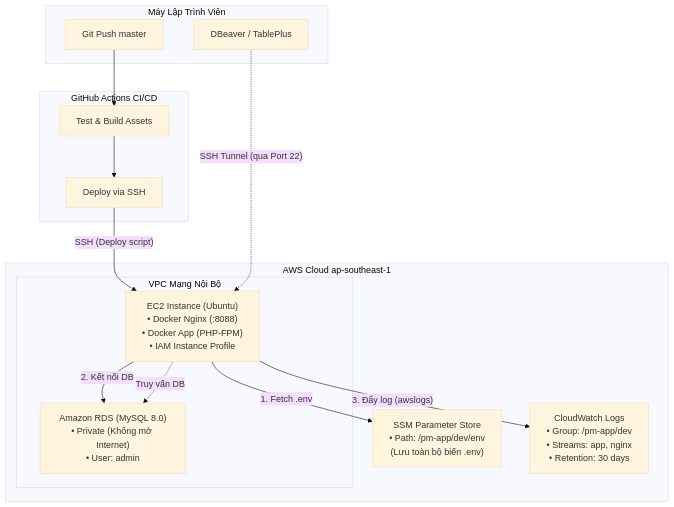
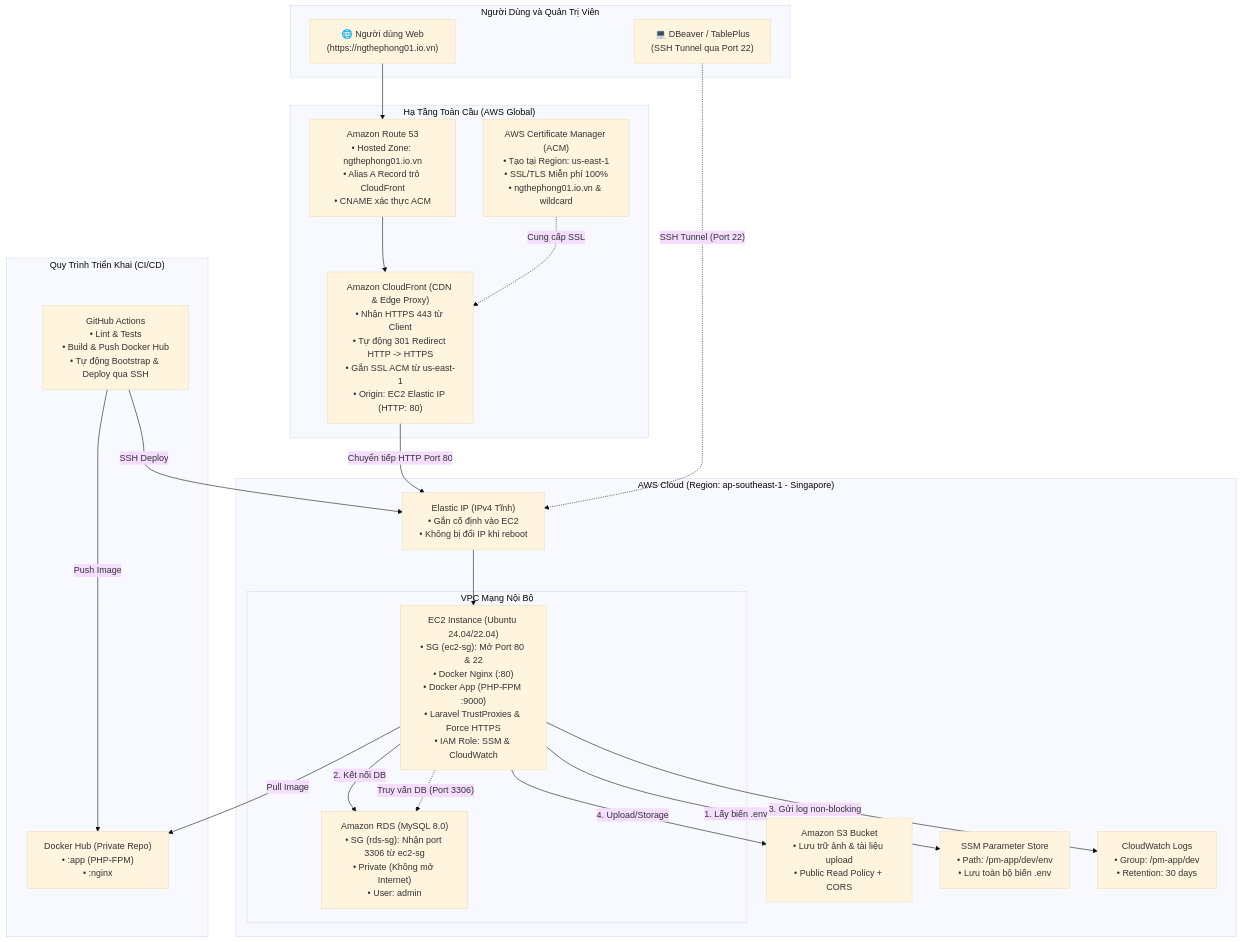
One commit to NgThePhong0608/project-management changed the diagram in AWS_SETUP_GUIDE.md. Above: the diagram before and after it, drawn with Mermaid (base theme). The commit also changed other lines of this file and 3 other files, not shown here.

Commit message:
feat: add AWS deployment documentation, automate server setup in CI/CD, and configure production HTTPS scheme (#9)

````diff
--- a/AWS_SETUP_GUIDE.md
+++ b/AWS_SETUP_GUIDE.md
@@ -9,29 +9,48 @@
 ```mermaid
 flowchart TD
-    subgraph Local [Máy Lập Trình Viên]
-        Git[Git Push master]
-        Client[DBeaver / TablePlus]
+    subgraph ClientAndUsers ["Người Dùng và Quản Trị Viên"]
+        User["🌐 Người dùng Web<br/>(https://ngthephong01.io.vn)"]
+        DevSSH["💻 DBeaver / TablePlus<br/>(SSH Tunnel qua Port 22)"]
     end
 
-    subgraph GitHub [GitHub Actions CI/CD]
-        CI[Test & Build Assets]
-        CD[Deploy via SSH]
+    subgraph AWS_Global ["Hạ Tầng Toàn Cầu (AWS Global)"]
+        R53["Amazon Route 53<br/>• Hosted Zone: ngthephong01.io.vn<br/>• Alias A Record trỏ CloudFront<br/>• CNAME xác thực ACM"]
+        ACM["AWS Certificate Manager (ACM)<br/>• Tạo tại Region: us-east-1<br/>• SSL/TLS Miễn phí 100%<br/>• ngthephong01.io.vn & wildcard"]
+        CF["Amazon CloudFront (CDN & Edge Proxy)<br/>• Nhận HTTPS 443 từ Client<br/>• Tự động 301 Redirect HTTP -> HTTPS<br/>• Gắn SSL ACM từ us-east-1<br/>• Origin: EC2 Elastic IP (HTTP: 80)"]
     end
 
-    subgraph AWS [AWS Cloud ap-southeast-1]
-        subgraph VPC [VPC Mạng Nội Bộ]
-            EC2["EC2 Instance (Ubuntu)\n• Docker Nginx (:8088)\n• Docker App (PHP-FPM)\n• IAM Instance Profile"]
-            RDS["Amazon RDS (MySQL 8.0)\n• Private (Không mở Internet)\n• User: admin"]
+    subgraph CI_CD ["Quy Trình Triển Khai (CI/CD)"]
+        Git["GitHub Actions<br/>• Lint & Tests<br/>• Build & Push Docker Hub<br/>• Tự động Bootstrap & Deploy qua SSH"]
+        DHub["Docker Hub (Private Repo)<br/>• :app (PHP-FPM)<br/>• :nginx"]
+    end
+
+    subgraph AWS_VPC ["AWS Cloud (Region: ap-southeast-1 - Singapore)"]
+        EIP["Elastic IP (IPv4 Tĩnh)<br/>• Gắn cố định vào EC2<br/>• Không bị đổi IP khi reboot"]
+
+        subgraph VPC ["VPC Mạng Nội Bộ"]
+            EC2["EC2 Instance (Ubuntu 24.04/22.04)<br/>• SG (ec2-sg): Mở Port 80 & 22<br/>• Docker Nginx (:80)<br/>• Docker App (PHP-FPM :9000)<br/>• Laravel TrustProxies & Force HTTPS<br/>• IAM Role: SSM & CloudWatch"]
+            RDS["Amazon RDS (MySQL 8.0)<br/>• SG (rds-sg): Nhận port 3306 từ ec2-sg<br/>• Private (Không mở Internet)<br/>• User: admin"]
         end
 
-        SSM["SSM Parameter Store\n• Path: /pm-app/dev/env\n(Lưu toàn bộ biến .env)"]
-        CW["CloudWatch Logs\n• Group: /pm-app/dev\n• Streams: app, nginx\n• Retention: 30 days"]
+        S3["Amazon S3 Bucket<br/>• Lưu trữ ảnh & tài liệu upload<br/>• Public Read Policy + CORS"]
+        SSM["SSM Parameter Store<br/>• Path: /pm-app/dev/env<br/>• Lưu toàn bộ biến .env"]
+        CW["CloudWatch Logs<br/>• Group: /pm-app/dev<br/>• Retention: 30 days"]
     end
 
-    Git --> CI --> CD
-    CD -- SSH (Deploy script) --> EC2
-    EC2 -- 1. Fetch .env --> SSM
-    EC2 -- 2. Kết nối DB --> RDS
-    EC2 -- 3. Đẩy log (awslogs) --> CW
-    Client -. SSH Tunnel (qua Port 22) .-> EC2 -. Truy vấn DB .-> RDS
+    User --> R53
+    R53 --> CF
+    ACM -.->|"Cung cấp SSL"| CF
+    CF -->|"Chuyển tiếp HTTP Port 80"| EIP
+    EIP --> EC2
+
+    Git -->|"Push Image"| DHub
+    Git -->|"SSH Deploy"| EIP
+    EC2 -->|"Pull Image"| DHub
+
+    EC2 -->|"1. Lấy biến .env"| SSM
+    EC2 -->|"2. Kết nối DB"| RDS
+    EC2 -->|"3. Gửi log non-blocking"| CW
+    EC2 -->|"4. Upload/Storage"| S3
+    DevSSH -.->|"SSH Tunnel (Port 22)"| EIP
+    EC2 -.->|"Truy vấn DB (Port 3306)"| RDS
 ```
````
